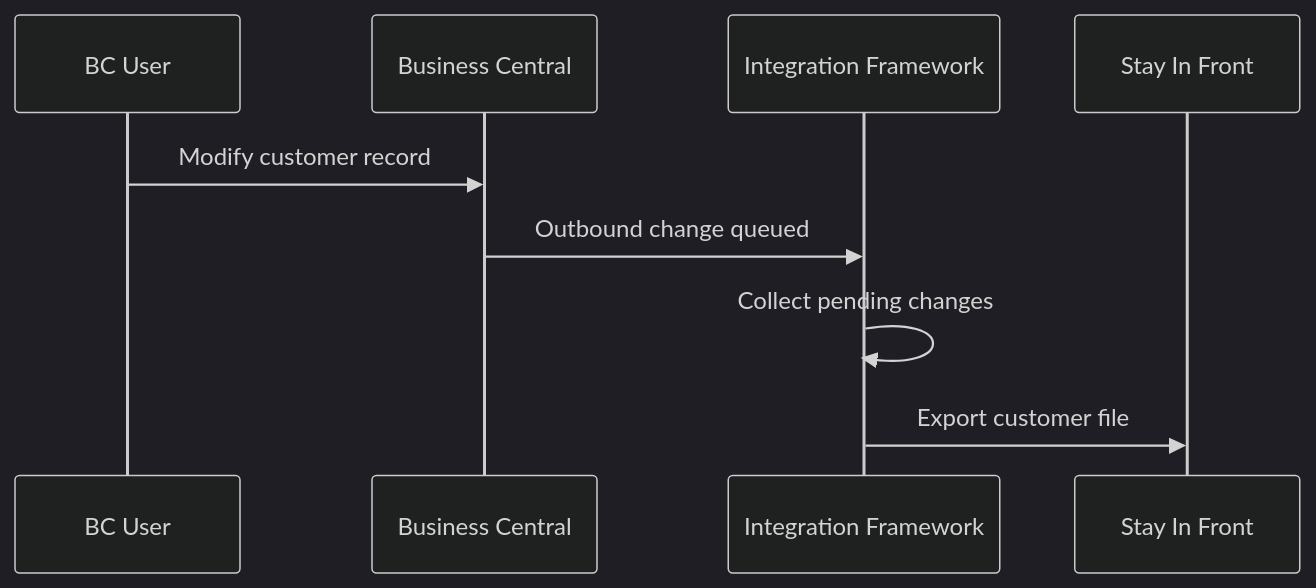
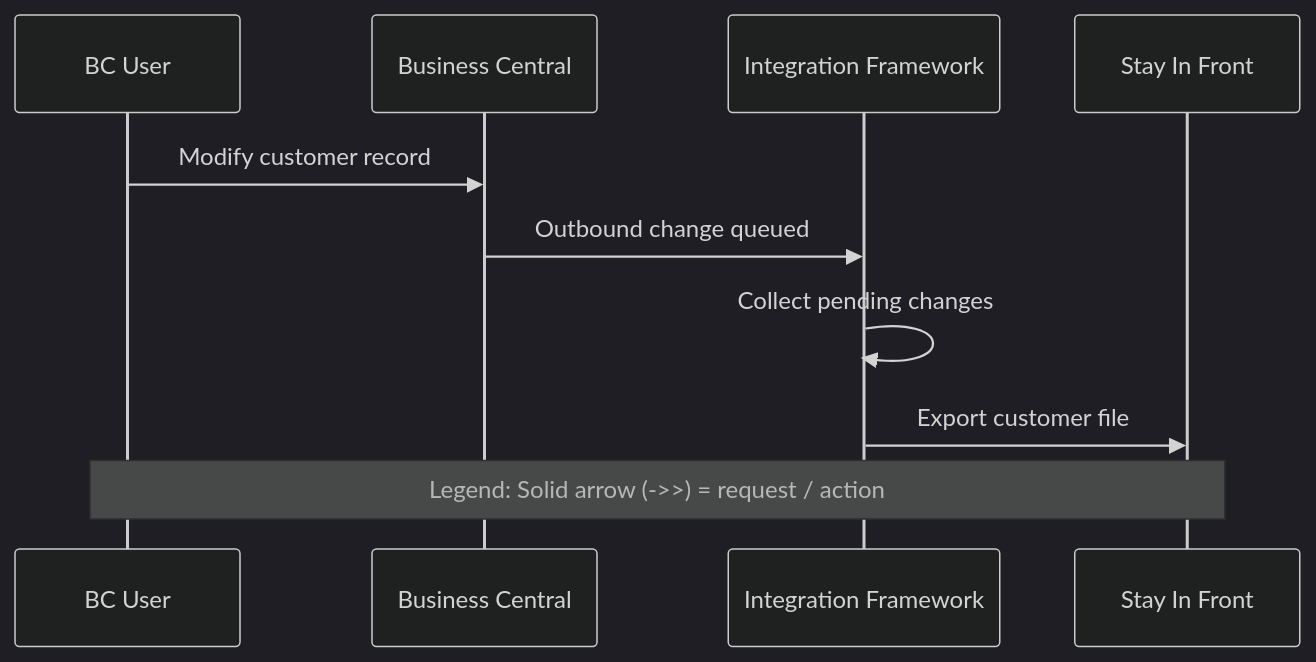
The fourth of 4 diagrams in docs/walkers/stay-in-front-integration-user-guide.md (timeastman/rr_documentation), drawn with Mermaid (dark theme) before and after one commit. The commit also changed other lines of this file, not shown here.

Commit message:
docs: Update Stay In Front Integration User Guide

````diff
--- a/docs/walkers/stay-in-front-integration-user-guide.md
+++ b/docs/walkers/stay-in-front-integration-user-guide.md
@@ -168,12 +170,14 @@
 ```mermaid
 sequenceDiagram
     participant User as BC User
     participant BC as Business Central
     participant FW as Integration Framework
     participant SIF as Stay In Front
 
     User->>BC: Modify customer record
     BC->>FW: Outbound change queued
     FW->>FW: Collect pending changes
     FW->>SIF: Export customer file
+
+    Note over User,SIF: Legend: Solid arrow (->>) = request / action
 ```
````
